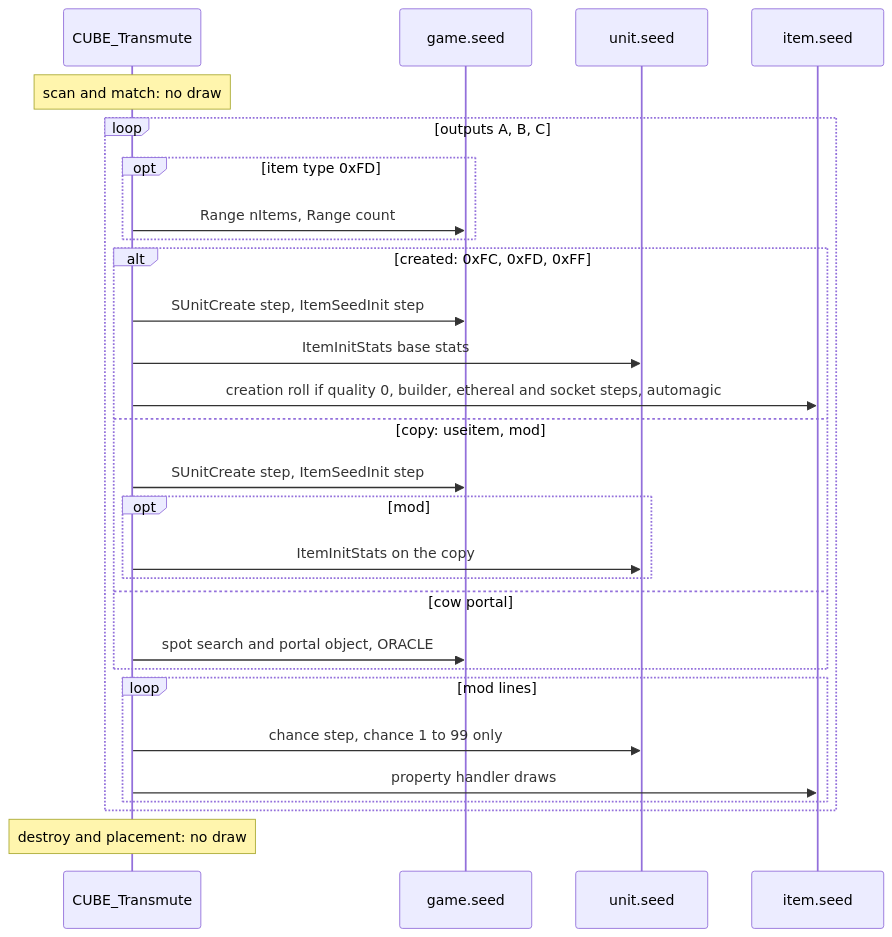
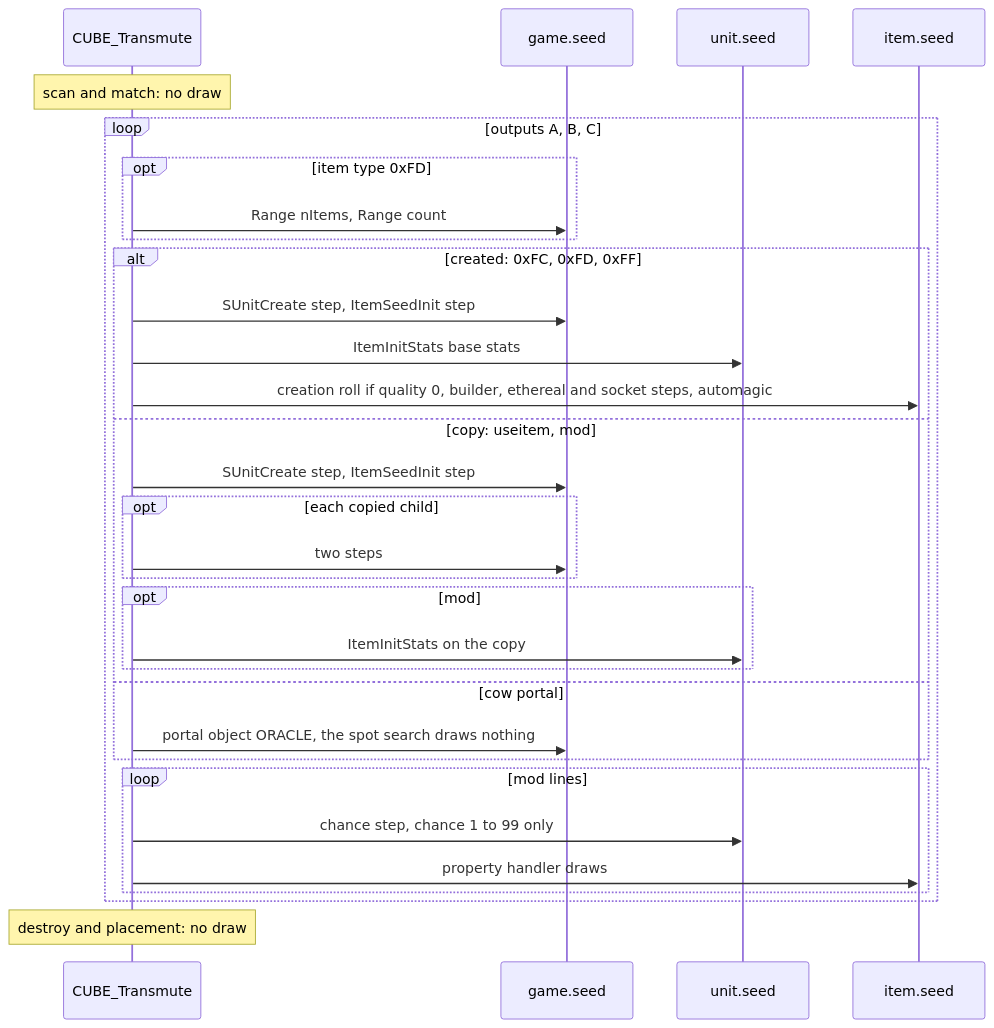
Before and after one commit to IgorKonovalov/diablo-2-recompilation: the sixth of 6 diagrams in docs/specs/items/cube.md, drawn with Mermaid. The commit also changed other lines of this file and 10 other files, not shown here.

````diff
--- a/docs/specs/items/cube.md
+++ b/docs/specs/items/cube.md
@@ -809,30 +929,33 @@
 ```mermaid
 sequenceDiagram
   participant T as CUBE_Transmute
   participant G as game.seed
   participant U as unit.seed
   participant I as item.seed
   Note over T: scan and match: no draw
   loop outputs A, B, C
     opt item type 0xFD
       T->>G: Range nItems, Range count
     end
     alt created: 0xFC, 0xFD, 0xFF
       T->>G: SUnitCreate step, ItemSeedInit step
       T->>U: ItemInitStats base stats
       T->>I: creation roll if quality 0, builder, ethereal and socket steps, automagic
     else copy: useitem, mod
       T->>G: SUnitCreate step, ItemSeedInit step
+      opt each copied child
+        T->>G: two steps
+      end
       opt mod
         T->>U: ItemInitStats on the copy
       end
     else cow portal
-      T->>G: spot search and portal object, ORACLE
+      T->>G: portal object ORACLE, the spot search draws nothing
     end
     loop mod lines
       T->>U: chance step, chance 1 to 99 only
       T->>I: property handler draws
     end
   end
   Note over T: destroy and placement: no draw
 ```
````
